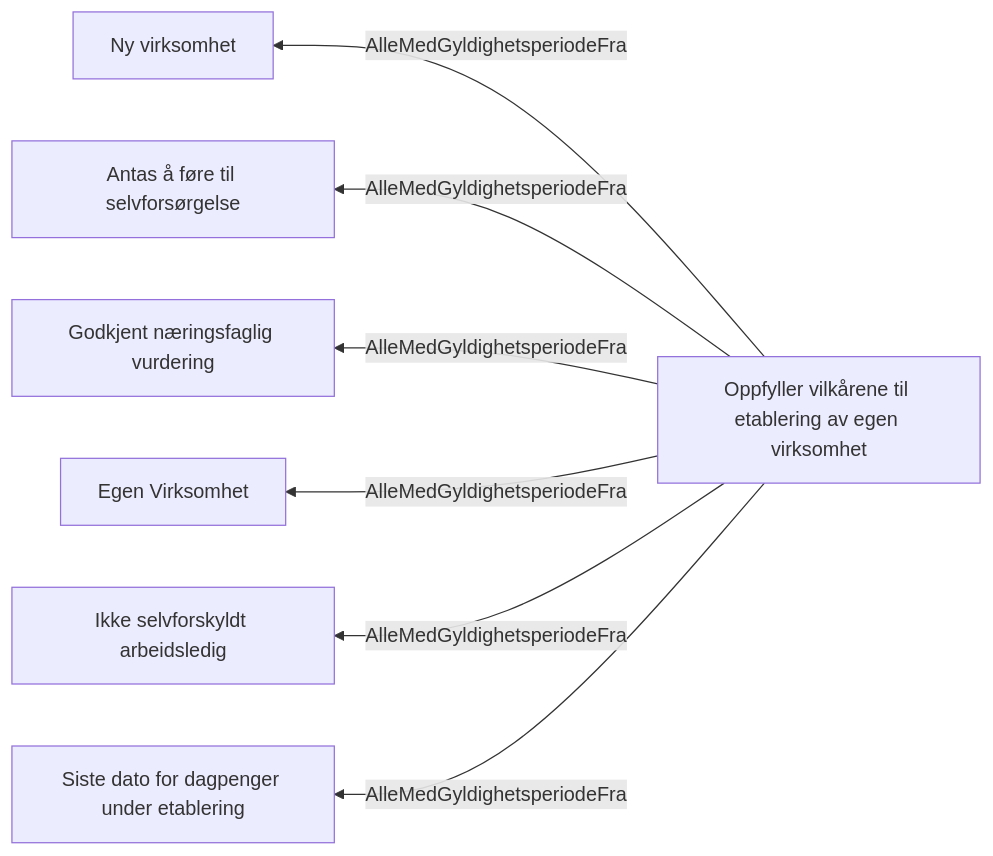
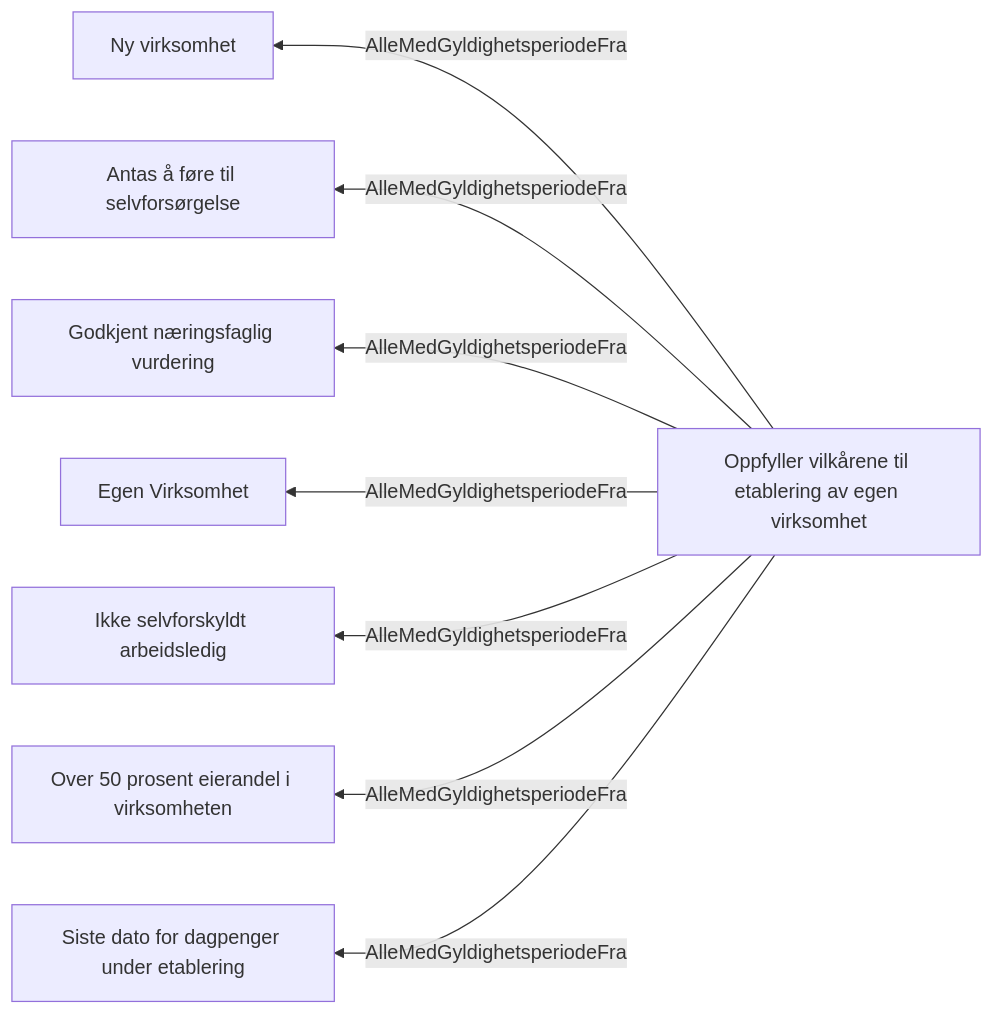
The diagram in docs/regler/Etablering.approved.md (navikt/dp-behandling), drawn with Mermaid before and after one commit. The commit also changed other lines of this file and 9 other files, not shown here.

````diff
--- a/docs/regler/Etablering.approved.md
+++ b/docs/regler/Etablering.approved.md
@@ -5,9 +5,10 @@
 ```mermaid
 graph RL
   A["Oppfyller vilkårene til etablering av egen virksomhet"] -->|"AlleMedGyldighetsperiodeFra"| B["Ny virksomhet"]
   A["Oppfyller vilkårene til etablering av egen virksomhet"] -->|"AlleMedGyldighetsperiodeFra"| C["Antas å føre til selvforsørgelse"]
   A["Oppfyller vilkårene til etablering av egen virksomhet"] -->|"AlleMedGyldighetsperiodeFra"| D["Godkjent næringsfaglig vurdering"]
   A["Oppfyller vilkårene til etablering av egen virksomhet"] -->|"AlleMedGyldighetsperiodeFra"| E["Egen Virksomhet"]
   A["Oppfyller vilkårene til etablering av egen virksomhet"] -->|"AlleMedGyldighetsperiodeFra"| F["Ikke selvforskyldt arbeidsledig"]
-  A["Oppfyller vilkårene til etablering av egen virksomhet"] -->|"AlleMedGyldighetsperiodeFra"| G["Siste dato for dagpenger under etablering"]
+  A["Oppfyller vilkårene til etablering av egen virksomhet"] -->|"AlleMedGyldighetsperiodeFra"| G["Over 50 prosent eierandel i virksomheten"]
+  A["Oppfyller vilkårene til etablering av egen virksomhet"] -->|"AlleMedGyldighetsperiodeFra"| H["Siste dato for dagpenger under etablering"]
 ```
````
